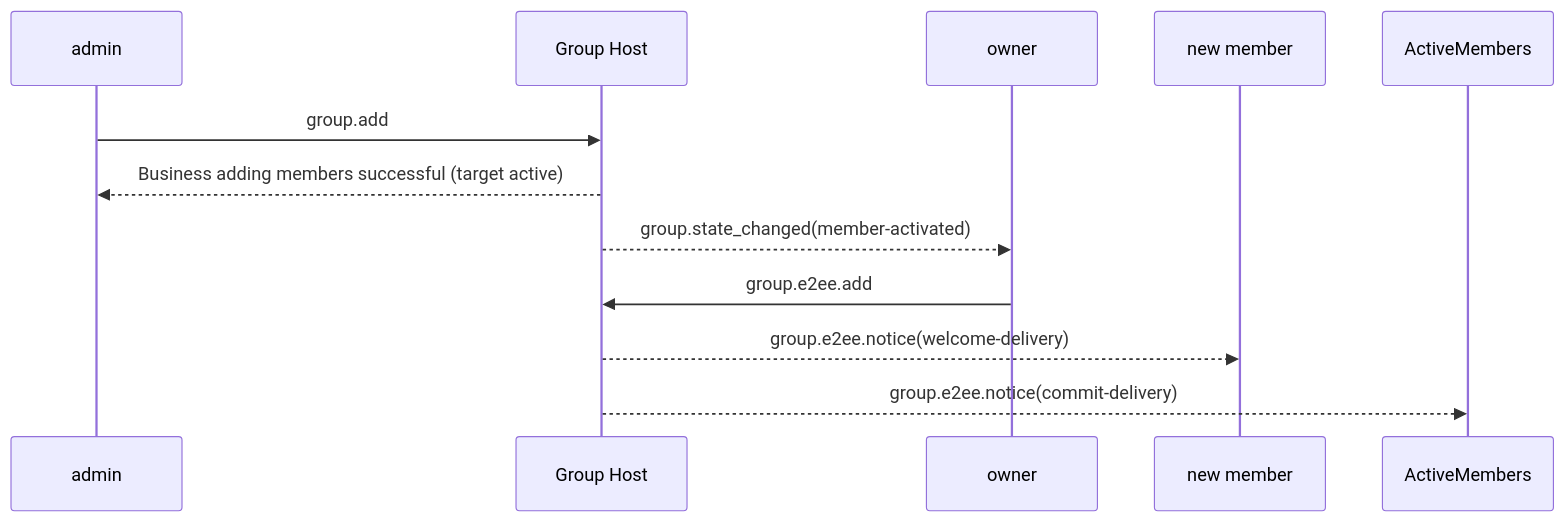
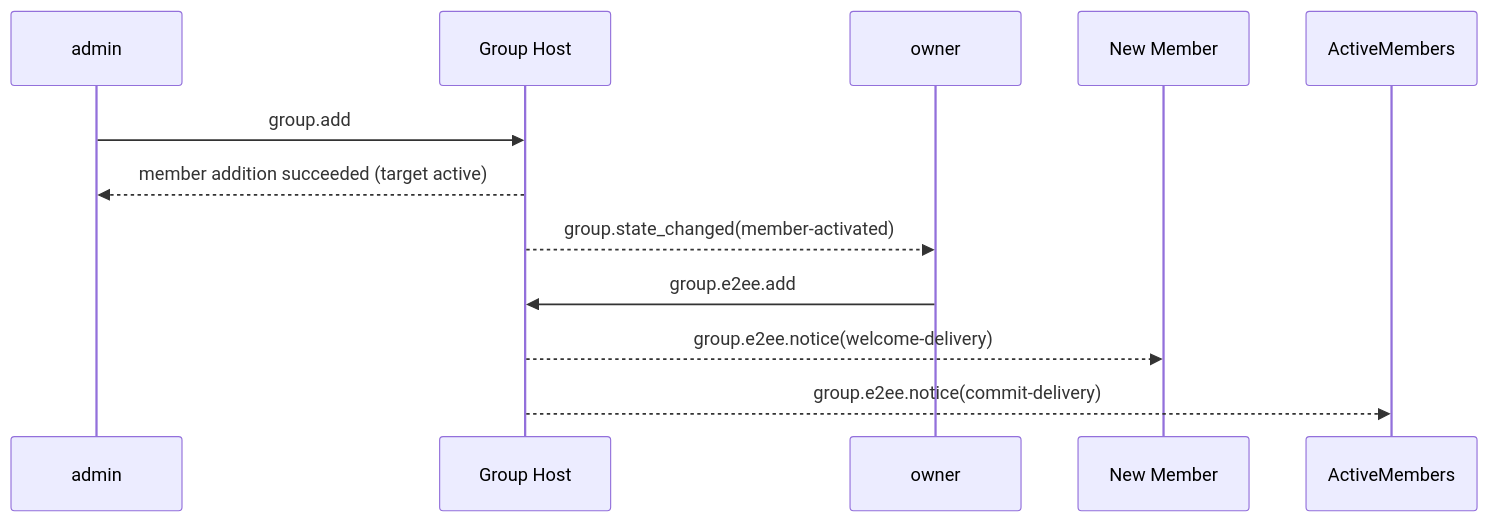
Before and after one commit to NeatNerdPrime/AgentNetworkProtocol: the third of 5 diagrams in message/06-group-end-to-end-encryption.md, drawn with Mermaid. The commit also changed other lines of this file and 7 other files, not shown here.

````diff
--- a/message/06-group-end-to-end-encryption.md
+++ b/message/06-group-end-to-end-encryption.md
@@ -1348,14 +1356,14 @@
 ```mermaid
 sequenceDiagram
     participant A as admin
     participant H as Group Host
     participant O as owner
-    participant B as new member
+    participant B as New Member
 
     A->>H: group.add
-    H-->>A: Business adding members successful (target active)
+    H-->>A: member addition succeeded (target active)
     H-->>O: group.state_changed(member-activated)
     O->>H: group.e2ee.add
     H-->>B: group.e2ee.notice(welcome-delivery)
     H-->>ActiveMembers: group.e2ee.notice(commit-delivery)
 ```
````
